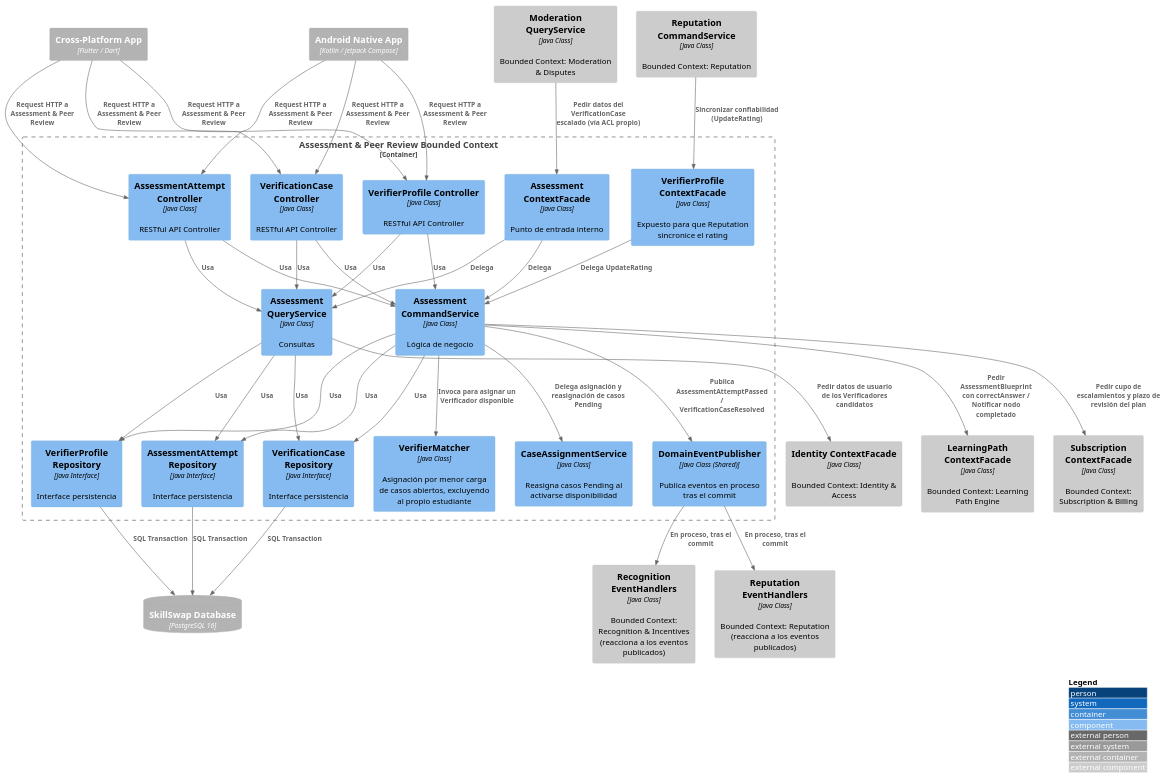
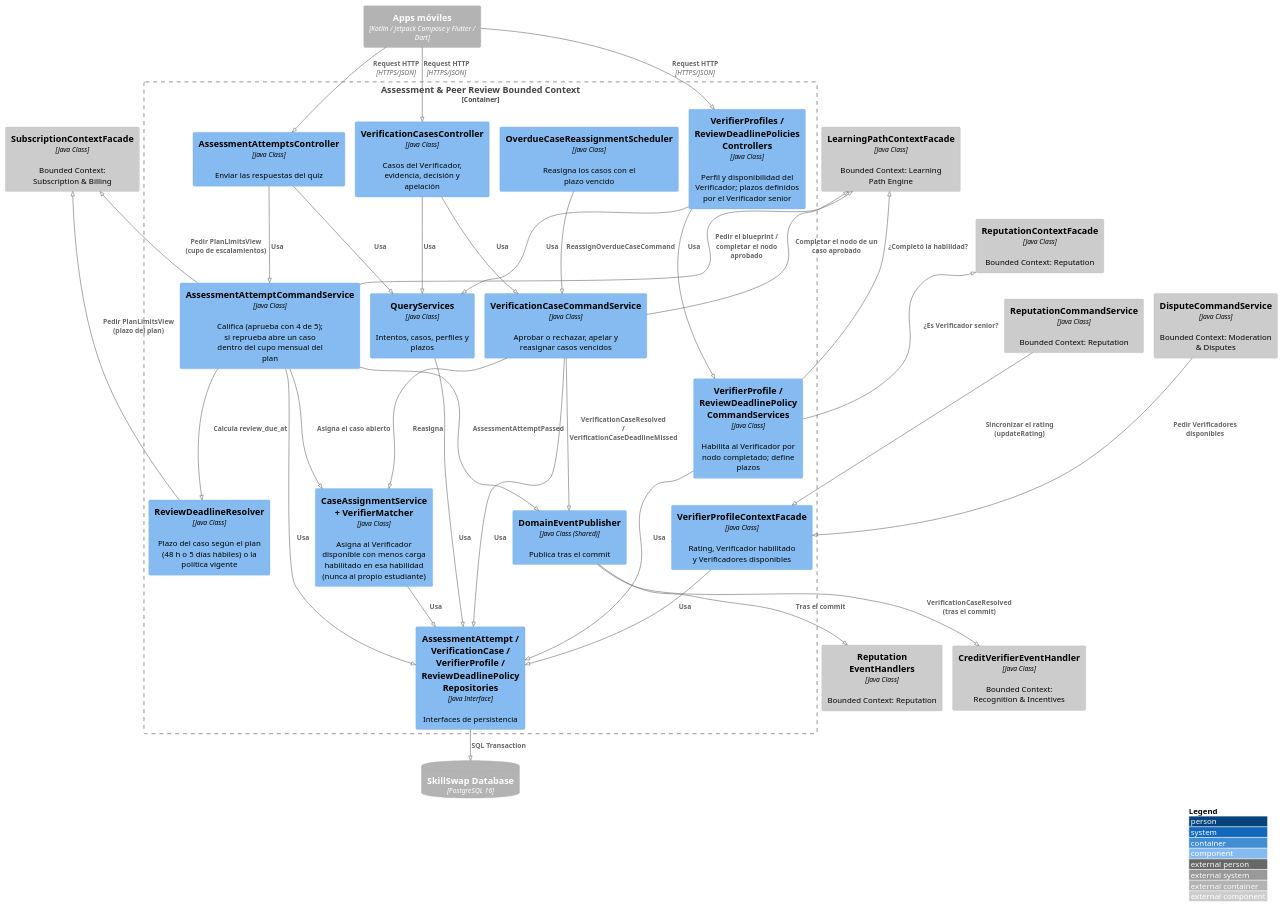
Before and after one commit to Aplicaciones-Dispositivos-Moviles/SkillSwap-ProjectReport: the diagram in DB&C4/Component_Diagram_Assessment_Peer_Review.puml, drawn with PlantUML. The commit also changed 25 other files, not shown here.

First line of the commit message:
docs(images): regenerate C4, context map and component diagrams

```diff
--- a/DB&C4/Component_Diagram_Assessment_Peer_Review.puml
+++ b/DB&C4/Component_Diagram_Assessment_Peer_Review.puml
@@ -1,77 +1,72 @@
 @startuml AssessmentPeerReviewComponent
+!pragma layout smetana
 !include https://raw.githubusercontent.com/plantuml-stdlib/C4-PlantUML/master/C4_Component.puml
 
 LAYOUT_WITH_LEGEND()
 
-Container_Ext(androidApp, "Android Native App", "Kotlin / Jetpack Compose")
-Container_Ext(flutterApp, "Cross-Platform App", "Flutter / Dart")
+Container_Ext(mobileApps, "Apps móviles", "Kotlin / Jetpack Compose y Flutter / Dart")
 ContainerDb_Ext(mainDB, "SkillSwap Database", "PostgreSQL 16")
 
 Container_Boundary(assessmentBC, "Assessment & Peer Review Bounded Context") {
-    Component(assessmentAttemptController, "AssessmentAttempt Controller", "Java Class", "RESTful API Controller")
-    Component(verificationCaseController, "VerificationCase Controller", "Java Class", "RESTful API Controller")
-    Component(verifierProfileController, "VerifierProfile Controller", "Java Class", "RESTful API Controller")
-    Component(assessmentCommandService, "Assessment CommandService", "Java Class", "Lógica de negocio")
-    Component(assessmentQueryService, "Assessment QueryService", "Java Class", "Consultas")
-    Component(verifierMatcher, "VerifierMatcher", "Java Class", "Asignación por menor carga de casos abiertos, excluyendo al propio estudiante")
-    Component(caseAssignmentService, "CaseAssignmentService", "Java Class", "Reasigna casos Pending al activarse disponibilidad")
-    Component(attemptRepository, "AssessmentAttempt Repository", "Java Interface", "Interface persistencia")
-    Component(verifierProfileRepository, "VerifierProfile Repository", "Java Interface", "Interface persistencia")
-    Component(caseRepository, "VerificationCase Repository", "Java Interface", "Interface persistencia")
-    Component(domainEventPublisher, "DomainEventPublisher", "Java Class (Shared)", "Publica eventos en proceso tras el commit")
-    Component(assessmentContextFacade, "Assessment ContextFacade", "Java Class", "Punto de entrada interno")
-    Component(verifierProfileContextFacade, "VerifierProfile ContextFacade", "Java Class", "Expuesto para que Reputation sincronice el rating")
+    Component(attemptsController, "AssessmentAttemptsController", "Java Class", "Enviar las respuestas del quiz")
+    Component(casesController, "VerificationCasesController", "Java Class", "Casos del Verificador, evidencia, decisión y apelación")
+    Component(profilesController, "VerifierProfiles / ReviewDeadlinePolicies Controllers", "Java Class", "Perfil y disponibilidad del Verificador; plazos definidos por el Verificador senior")
+    Component(attemptCommandService, "AssessmentAttemptCommandService", "Java Class", "Califica (aprueba con 4 de 5); si reprueba abre un caso dentro del cupo mensual del plan")
+    Component(caseCommandService, "VerificationCaseCommandService", "Java Class", "Aprobar o rechazar, apelar y reasignar casos vencidos")
+    Component(profileCommandService, "VerifierProfile / ReviewDeadlinePolicy CommandServices", "Java Class", "Habilita al Verificador por nodo completado; define plazos")
+    Component(queryServices, "QueryServices", "Java Class", "Intentos, casos, perfiles y plazos")
+    Component(caseAssignment, "CaseAssignmentService + VerifierMatcher", "Java Class", "Asigna al Verificador disponible con menos carga habilitado en esa habilidad (nunca al propio estudiante)")
+    Component(deadlineResolver, "ReviewDeadlineResolver", "Java Class", "Plazo del caso según el plan (48 h o 5 días hábiles) o la política vigente")
+    Component(overdueScheduler, "OverdueCaseReassignmentScheduler", "Java Class", "Reasigna los casos con el plazo vencido")
+    Component(repositories, "AssessmentAttempt / VerificationCase / VerifierProfile / ReviewDeadlinePolicy Repositories", "Java Interface", "Interfaces de persistencia")
+    Component(verifierFacade, "VerifierProfileContextFacade", "Java Class", "Rating, Verificador habilitado y Verificadores disponibles")
+    Component(eventPublisher, "DomainEventPublisher", "Java Class (Shared)", "Publica tras el commit")
 }
 
-Component_Ext(pathEngineContextFacade, "LearningPath ContextFacade", "Java Class", "Bounded Context: Learning Path Engine")
-Component_Ext(identityContextFacade, "Identity ContextFacade", "Java Class", "Bounded Context: Identity & Access")
-Component_Ext(reputationCommandService, "Reputation CommandService", "Java Class", "Bounded Context: Reputation")
-Component_Ext(reputationEventHandlers, "Reputation EventHandlers", "Java Class", "Bounded Context: Reputation (reacciona a los eventos publicados)")
-Component_Ext(recognitionEventHandlers, "Recognition EventHandlers", "Java Class", "Bounded Context: Recognition & Incentives (reacciona a los eventos publicados)")
-Component_Ext(moderationQueryService, "Moderation QueryService", "Java Class", "Bounded Context: Moderation & Disputes")
-Component_Ext(subscriptionContextFacade, "Subscription ContextFacade", "Java Class", "Bounded Context: Subscription & Billing")
+Component_Ext(learningPathFacade, "LearningPathContextFacade", "Java Class", "Bounded Context: Learning Path Engine")
+Component_Ext(subscriptionFacade, "SubscriptionContextFacade", "Java Class", "Bounded Context: Subscription & Billing")
+Component_Ext(reputationFacade, "ReputationContextFacade", "Java Class", "Bounded Context: Reputation")
+Component_Ext(reputationHandlers, "Reputation EventHandlers", "Java Class", "Bounded Context: Reputation")
+Component_Ext(creditVerifierHandler, "CreditVerifierEventHandler", "Java Class", "Bounded Context: Recognition & Incentives")
+Component_Ext(reputationCommandService, "ReputationCommandService", "Java Class", "Bounded Context: Reputation")
+Component_Ext(disputeCommandService, "DisputeCommandService", "Java Class", "Bounded Context: Moderation & Disputes")
 
-Rel(androidApp, assessmentAttemptController, "Request HTTP a Assessment & Peer Review")
-Rel(flutterApp, assessmentAttemptController, "Request HTTP a Assessment & Peer Review")
-Rel(androidApp, verificationCaseController, "Request HTTP a Assessment & Peer Review")
-Rel(flutterApp, verificationCaseController, "Request HTTP a Assessment & Peer Review")
-Rel(androidApp, verifierProfileController, "Request HTTP a Assessment & Peer Review")
-Rel(flutterApp, verifierProfileController, "Request HTTP a Assessment & Peer Review")
+Rel(mobileApps, attemptsController, "Request HTTP", "HTTPS/JSON")
+Rel(mobileApps, casesController, "Request HTTP", "HTTPS/JSON")
+Rel(mobileApps, profilesController, "Request HTTP", "HTTPS/JSON")
+Rel(attemptsController, attemptCommandService, "Usa")
+Rel(casesController, caseCommandService, "Usa")
+Rel(profilesController, profileCommandService, "Usa")
+Rel(attemptsController, queryServices, "Usa")
+Rel(casesController, queryServices, "Usa")
+Rel(profilesController, queryServices, "Usa")
 
-Rel(assessmentAttemptController, assessmentCommandService, "Usa")
-Rel(assessmentAttemptController, assessmentQueryService, "Usa")
-Rel(verificationCaseController, assessmentCommandService, "Usa")
-Rel(verificationCaseController, assessmentQueryService, "Usa")
-Rel(verifierProfileController, assessmentCommandService, "Usa")
-Rel(verifierProfileController, assessmentQueryService, "Usa")
+Rel(attemptCommandService, caseAssignment, "Asigna el caso abierto")
+Rel(caseCommandService, caseAssignment, "Reasigna")
+Rel(attemptCommandService, deadlineResolver, "Calcula review_due_at")
+Rel(overdueScheduler, caseCommandService, "ReassignOverdueCaseCommand")
 
-Rel(assessmentCommandService, attemptRepository, "Usa")
-Rel(assessmentCommandService, verifierProfileRepository, "Usa")
-Rel(assessmentCommandService, caseRepository, "Usa")
-Rel(assessmentQueryService, attemptRepository, "Usa")
-Rel(assessmentQueryService, verifierProfileRepository, "Usa")
-Rel(assessmentQueryService, caseRepository, "Usa")
+Rel(attemptCommandService, repositories, "Usa")
+Rel(caseCommandService, repositories, "Usa")
+Rel(profileCommandService, repositories, "Usa")
+Rel(queryServices, repositories, "Usa")
+Rel(caseAssignment, repositories, "Usa")
+Rel(repositories, mainDB, "SQL Transaction")
 
-Rel(attemptRepository, mainDB, "SQL Transaction")
-Rel(verifierProfileRepository, mainDB, "SQL Transaction")
-Rel(caseRepository, mainDB, "SQL Transaction")
+Rel_U(attemptCommandService, learningPathFacade, "Pedir el blueprint / completar el nodo aprobado")
+Rel_U(caseCommandService, learningPathFacade, "Completar el nodo de un caso aprobado")
+Rel_U(profileCommandService, learningPathFacade, "¿Completó la habilidad?")
+Rel_U(attemptCommandService, subscriptionFacade, "Pedir PlanLimitsView (cupo de escalamientos)")
+Rel_U(deadlineResolver, subscriptionFacade, "Pedir PlanLimitsView (plazo del plan)")
+Rel_U(profileCommandService, reputationFacade, "¿Es Verificador senior?")
 
-Rel(assessmentCommandService, verifierMatcher, "Invoca para asignar un Verificador disponible")
-Rel(assessmentCommandService, caseAssignmentService, "Delega asignación y reasignación de casos Pending")
+Rel(attemptCommandService, eventPublisher, "AssessmentAttemptPassed")
+Rel(caseCommandService, eventPublisher, "VerificationCaseResolved / VerificationCaseDeadlineMissed")
+Rel(eventPublisher, reputationHandlers, "Tras el commit")
+Rel(eventPublisher, creditVerifierHandler, "VerificationCaseResolved (tras el commit)")
 
-Rel(assessmentCommandService, pathEngineContextFacade, "Pedir AssessmentBlueprint con correctAnswer / Notificar nodo completado")
-Rel(assessmentCommandService, subscriptionContextFacade, "Pedir cupo de escalamientos y plazo de revisión del plan")
-Rel(assessmentQueryService, identityContextFacade, "Pedir datos de usuario de los Verificadores candidatos")
-
-Rel(assessmentCommandService, domainEventPublisher, "Publica AssessmentAttemptPassed / VerificationCaseResolved")
-Rel(domainEventPublisher, reputationEventHandlers, "En proceso, tras el commit")
-Rel(domainEventPublisher, recognitionEventHandlers, "En proceso, tras el commit")
-
-Rel(assessmentContextFacade, assessmentCommandService, "Delega")
-Rel(assessmentContextFacade, assessmentQueryService, "Delega")
-Rel(verifierProfileContextFacade, assessmentCommandService, "Delega UpdateRating")
-
-Rel(moderationQueryService, assessmentContextFacade, "Pedir datos del VerificationCase escalado (vía ACL propio)")
-Rel(reputationCommandService, verifierProfileContextFacade, "Sincronizar confiabilidad (UpdateRating)")
+Rel(verifierFacade, repositories, "Usa")
+Rel(reputationCommandService, verifierFacade, "Sincronizar el rating (updateRating)")
+Rel(disputeCommandService, verifierFacade, "Pedir Verificadores disponibles")
 
 @enduml
```
